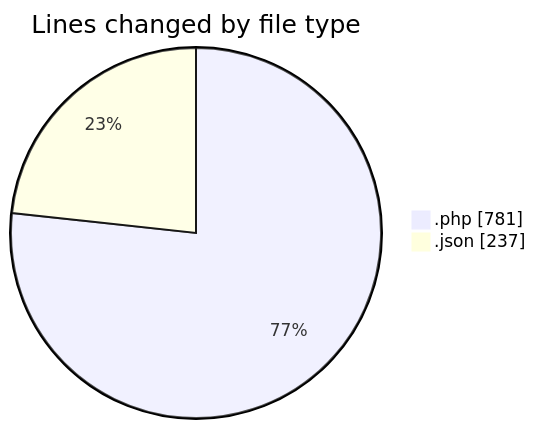
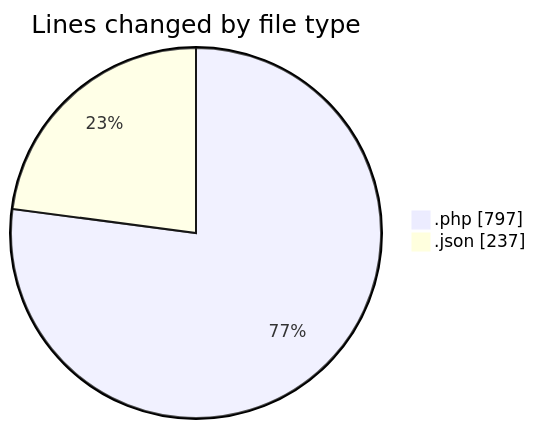
The first of 2 diagrams in 2025-06-17/studio-backend/README.md (idhammustaqopulfikri/code-tracking), drawn with Mermaid before and after one commit. The commit also changed other lines of this file and 1 other file, not shown here.

````diff
--- a/2025-06-17/studio-backend/README.md
+++ b/2025-06-17/studio-backend/README.md
@@ -23,6 +23,6 @@
 ```mermaid
 pie showData
 title Lines changed by file type
-".php" : 781
+".php" : 797
 ".json" : 237
 ```
````
